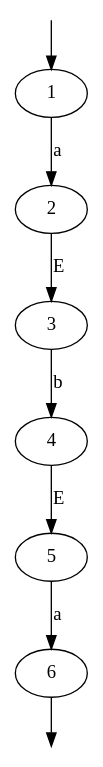
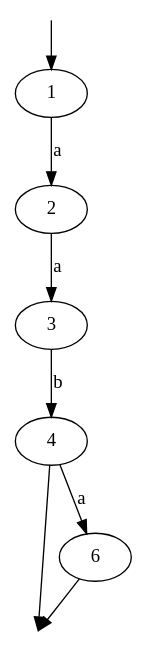
The diagram in src/automate1.dot (omarelhorre/automate), drawn with Graphviz before and after one commit. The commit also changed 9 other files, not shown here.

```diff
--- a/src/automate1.dot
+++ b/src/automate1.dot
@@ -1,11 +1,11 @@
 digraph G {
 init [shape=point shape=point style=filled, fillcolor=white color=white];
 fin [shape=point shape=point style=filled, fillcolor=white color=white];
 init -> 1;
 1 -> 2 [label="a"];
+2 -> 3 [label="a"];
 3 -> 4 [label="b"];
-2 -> 3 [label="E"];
-5 -> 6 [label="a"];
-4 -> 5 [label="E"];
+4 -> 6 [label="a"];
 6 -> fin;
+4 -> fin;
 }
```
